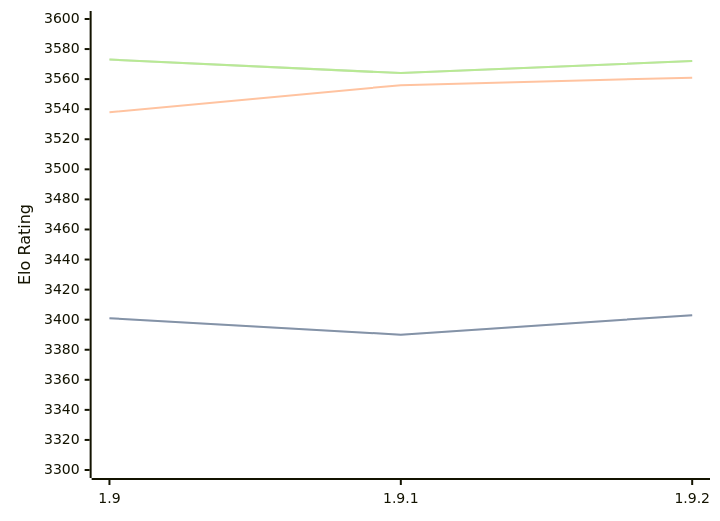
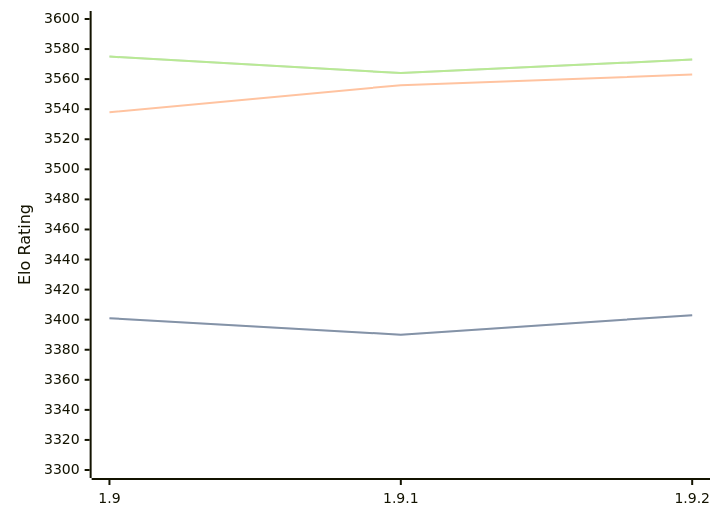
The diagram in engines/Pawnocchio.md (computer-chess-index/cci), drawn with Mermaid before and after one commit. The commit also changed other lines of this file, not shown here.

Commit message:
Update CCI Ratings (ELO VLTC) - 2026-04-10

````diff
--- a/engines/Pawnocchio.md
+++ b/engines/Pawnocchio.md
@@ -48,11 +48,11 @@
 ```mermaid
 %%{init: {"theme":"base","themeVariables":{"seriesColors:['#a3a3a3','#222221','#faa371']}}}%%
 xychart-beta
   x-axis ["1.9", "1.9.1", "1.9.2"]
   y-axis "Elo Rating" 3300 --> 3600
   line "STC (8.0+0.08s)" [3401, 3390, 3403]
   line "STC (8.0+0.08s)" [3401, 3390, 3403]
-  line "LTC (60.0+0.60s)" [3538, 3556, 3561]
-  line "VLTC (2m24s+1.12s)" [3573, 3564, 3572]
-  line "VLTC (2m24s+1.12s)" [3573, 3564, 3572]
+  line "LTC (60.0+0.60s)" [3538, 3556, 3563]
+  line "VLTC (2m24s+1.12s)" [3575, 3564, 3573]
+  line "VLTC (2m24s+1.12s)" [3575, 3564, 3573]
 ```
````
